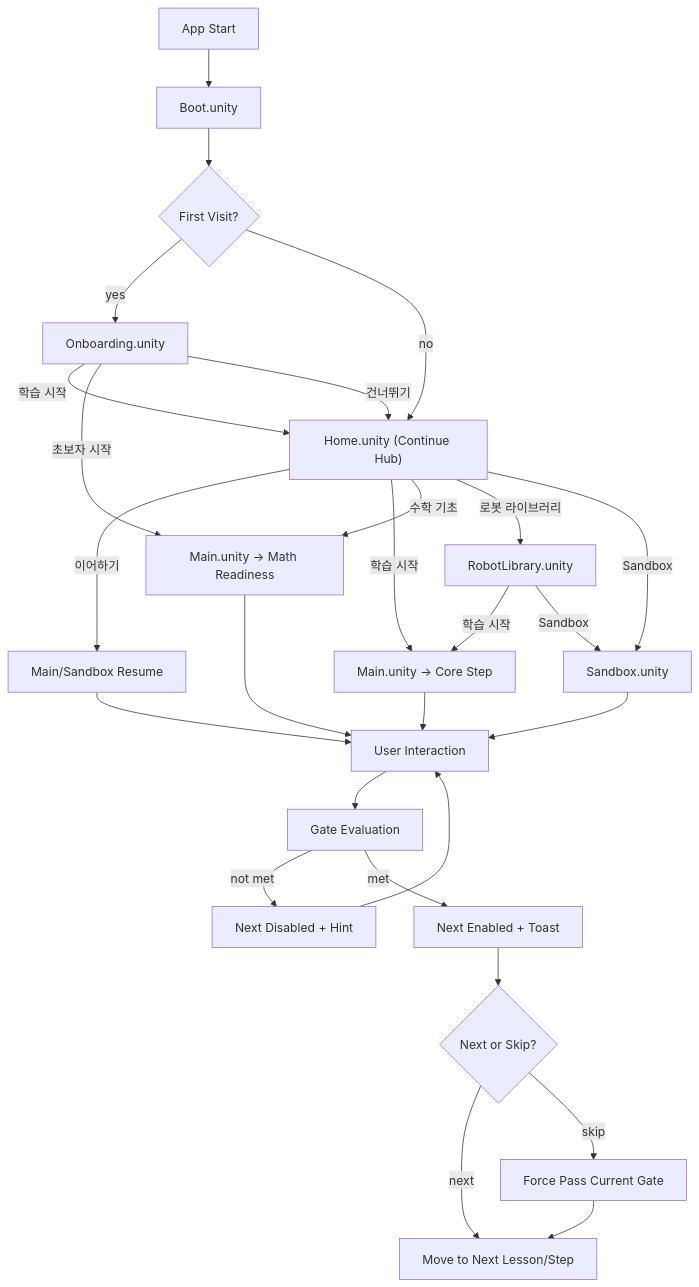
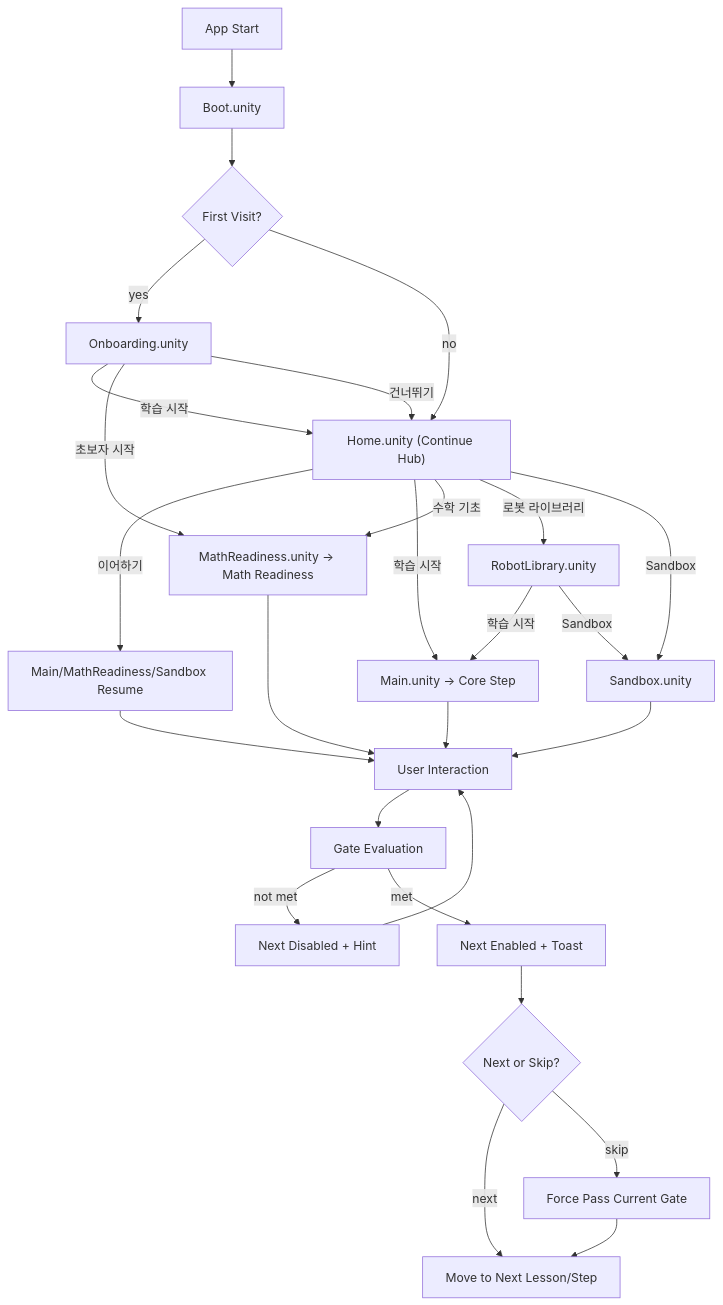
One commit to kimjuyoung1127/robotapp changed the diagram in docs/ref/USER-FLOW.md. Above: the diagram before and after it, drawn with Mermaid. The commit also changed other lines of this file and 1504 other files, not shown here.

````diff
--- a/docs/ref/USER-FLOW.md
+++ b/docs/ref/USER-FLOW.md
@@ -53,32 +55,32 @@
 ```mermaid
 flowchart TD
   A["App Start"] --> B["Boot.unity"]
   B --> C{"First Visit?"}
   C -->|"yes"| D["Onboarding.unity"]
   C -->|"no"| H["Home.unity (Continue Hub)"]
 
   D -->|"학습 시작"| H
-  D -->|"초보자 시작"| G["Main.unity -> Math Readiness"]
+  D -->|"초보자 시작"| G["MathReadiness.unity -> Math Readiness"]
   D -->|"건너뛰기"| H
 
-  H -->|"이어하기"| E["Main/Sandbox Resume"]
+  H -->|"이어하기"| E["Main/MathReadiness/Sandbox Resume"]
   H -->|"학습 시작"| F["Main.unity -> Core Step"]
-  H -->|"수학 기초"| G["Main.unity -> Math Readiness"]
+  H -->|"수학 기초"| G["MathReadiness.unity -> Math Readiness"]
   H -->|"로봇 라이브러리"| R["RobotLibrary.unity"]
   H -->|"Sandbox"| S["Sandbox.unity"]
 
   E --> I["User Interaction"]
   F --> I
   G --> I
   R -->|"학습 시작"| F
   R -->|"Sandbox"| S
   S --> I
 
   I --> J["Gate Evaluation"]
   J -->|"not met"| K["Next Disabled + Hint"] --> I
   J -->|"met"| L["Next Enabled + Toast"]
 
   L --> M{"Next or Skip?"}
   M -->|"next"| N["Move to Next Lesson/Step"]
   M -->|"skip"| O["Force Pass Current Gate"] --> N
 ```
````
